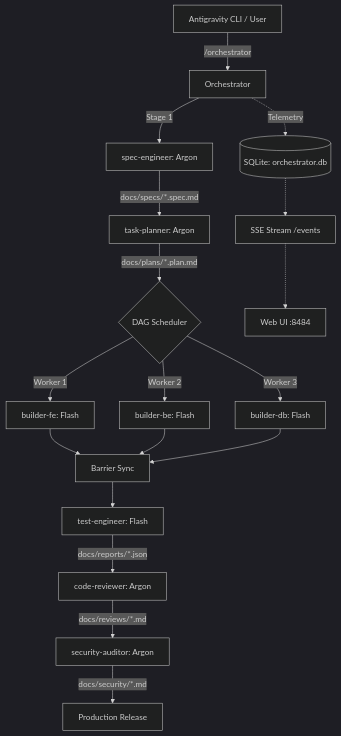
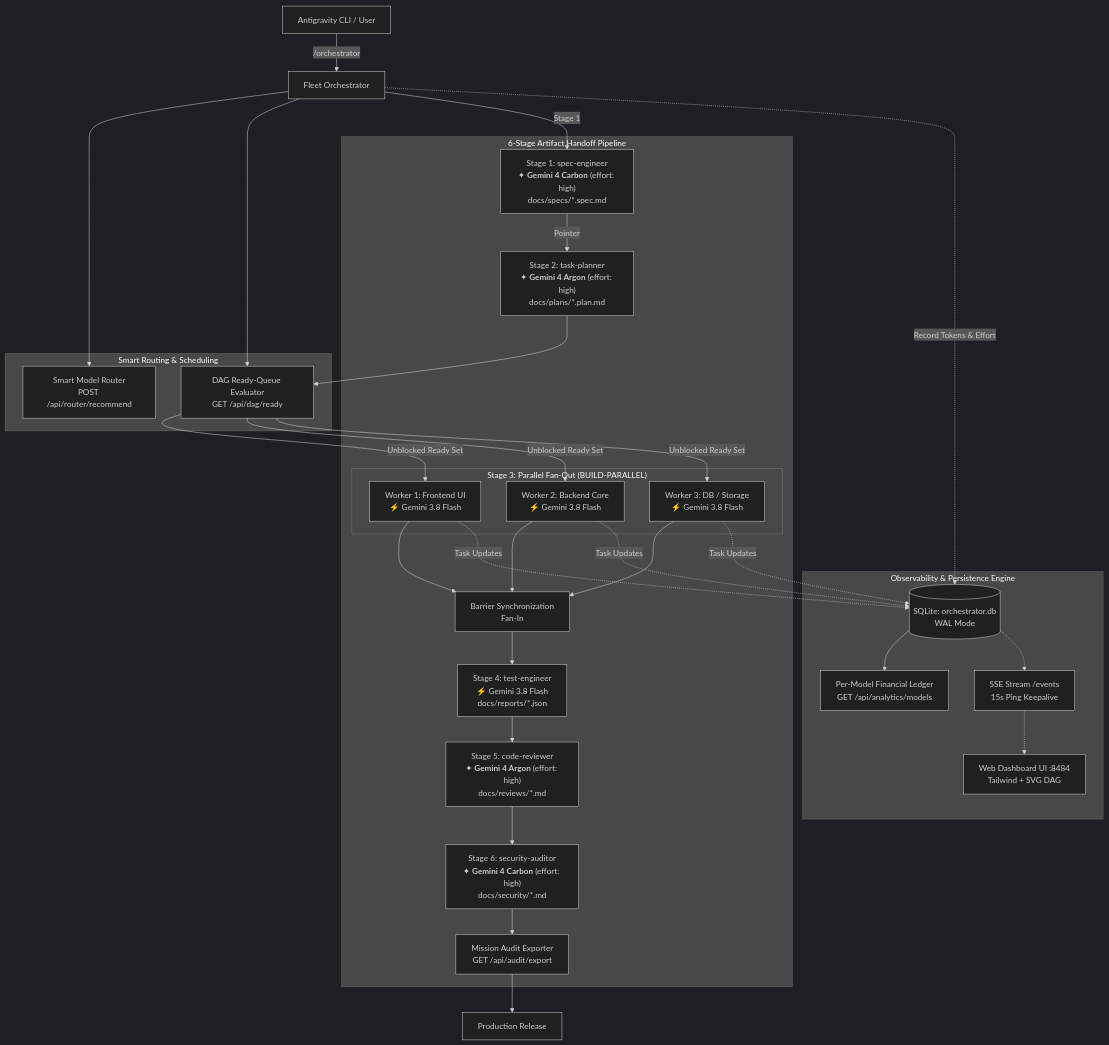
One commit to chien334/antigravity-orchestrator changed the diagram in docs/ARCHITECTURE.md. Above: the diagram before and after it, drawn with Mermaid (dark theme). The commit also changed other lines of this file and 2 other files, not shown here.

First line of the commit message:
docs: document Gemini 4 Carbon architecture, routing matrix, and CLI commands

````diff
--- a/docs/ARCHITECTURE.md
+++ b/docs/ARCHITECTURE.md
@@ -7,19 +7,52 @@
 ```mermaid
 graph TD
-    Client[Antigravity CLI / User] -->|/orchestrator| Orchestrator
-    Orchestrator -->|Stage 1| Spec[spec-engineer: Argon]
-    Spec -->|docs/specs/*.spec.md| Plan[task-planner: Argon]
-    Plan -->|docs/plans/*.plan.md| DAG{DAG Scheduler}
-    DAG -->|Worker 1| FE[builder-fe: Flash]
-    DAG -->|Worker 2| BE[builder-be: Flash]
-    DAG -->|Worker 3| DB[builder-db: Flash]
-    FE & BE & DB --> Barrier[Barrier Sync]
-    Barrier --> Test[test-engineer: Flash]
-    Test -->|docs/reports/*.json| Review[code-reviewer: Argon]
-    Review -->|docs/reviews/*.md| Sec[security-auditor: Argon]
-    Sec -->|docs/security/*.md| Release[Production Release]
+    Client[Antigravity CLI / User] -->|/orchestrator| Orchestrator[Fleet Orchestrator]
     
-    Orchestrator -.->|Telemetry| DB_Engine[(SQLite: orchestrator.db)]
-    DB_Engine -.-> SSE[SSE Stream /events]
-    SSE -.-> Dashboard[Web UI :8484]
+    subgraph Routing["Smart Routing & Scheduling"]
+        Router[Smart Model Router\nPOST /api/router/recommend]
+        ReadyQueue[DAG Ready-Queue Evaluator\nGET /api/dag/ready]
+    end
+    Orchestrator --> Router
+    Orchestrator --> ReadyQueue
+
+    subgraph Pipeline["6-Stage Artifact Handoff Pipeline"]
+        Spec["Stage 1: spec-engineer<br/>✦ <strong>Gemini 4 Carbon</strong> (effort: high)<br/>docs/specs/*.spec.md"]
+        Plan["Stage 2: task-planner<br/>✦ <strong>Gemini 4 Argon</strong> (effort: high)<br/>docs/plans/*.plan.md"]
+        
+        subgraph Stage3["Stage 3: Parallel Fan-Out (BUILD-PARALLEL)"]
+            FE["Worker 1: Frontend UI<br/>⚡ Gemini 3.8 Flash"]
+            BE["Worker 2: Backend Core<br/>⚡ Gemini 3.8 Flash"]
+            DB["Worker 3: DB / Storage<br/>⚡ Gemini 3.8 Flash"]
+        end
+
+        Barrier[Barrier Synchronization\nFan-In]
+        Test["Stage 4: test-engineer<br/>⚡ Gemini 3.8 Flash<br/>docs/reports/*.json"]
+        Review["Stage 5: code-reviewer<br/>✦ <strong>Gemini 4 Argon</strong> (effort: high)<br/>docs/reviews/*.md"]
+        Sec["Stage 6: security-auditor<br/>✦ <strong>Gemini 4 Carbon</strong> (effort: high)<br/>docs/security/*.md"]
+        Audit["Mission Audit Exporter<br/>GET /api/audit/export"]
+    end
+
+    Orchestrator -->|Stage 1| Spec
+    Spec -->|Pointer| Plan
+    Plan --> ReadyQueue
+    ReadyQueue -->|Unblocked Ready Set| FE & BE & DB
+    FE & BE & DB --> Barrier
+    Barrier --> Test
+    Test --> Review
+    Review --> Sec
+    Sec --> Audit
+    Audit --> Release[Production Release]
+
+    subgraph Telemetry["Observability & Persistence Engine"]
+        DB_Engine[(SQLite: orchestrator.db\nWAL Mode)]
+        Analytics[Per-Model Financial Ledger\nGET /api/analytics/models]
+        SSE[SSE Stream /events\n15s Ping Keepalive]
+        Dashboard[Web Dashboard UI :8484\nTailwind + SVG DAG]
+    end
+
+    Orchestrator -.->|Record Tokens & Effort| DB_Engine
+    FE & BE & DB -.->|Task Updates| DB_Engine
+    DB_Engine --> Analytics
+    DB_Engine -.-> SSE
+    SSE -.-> Dashboard
 ```
````
